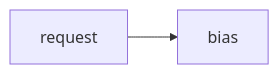
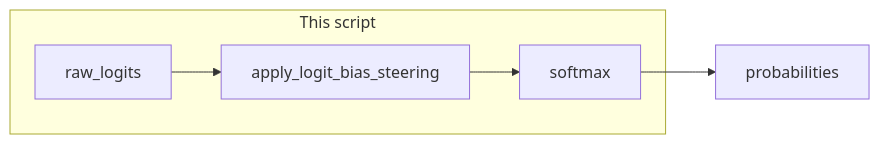
The diagram in education/12_reliability/lab2_logit_steering.md (jacobbweber/AgenticAI-Labs), drawn with Mermaid before and after one commit. The commit also changed other lines of this file, not shown here.

Commit message:
Align 12_reliability/lab2_logit_steering.md to the lab template.

````diff
--- a/education/12_reliability/lab2_logit_steering.md
+++ b/education/12_reliability/lab2_logit_steering.md
@@ -25,4 +14,11 @@
 ```mermaid
 flowchart LR
-    R["request"] --> B["bias"]
+    subgraph steer_lab2_script [This script]
+        R["raw_logits"]
+        B["apply_logit_bias_steering"]
+        S["softmax"]
+    end
+    R --> B
+    B --> S
+    S --> P["probabilities"]
 ```
````
